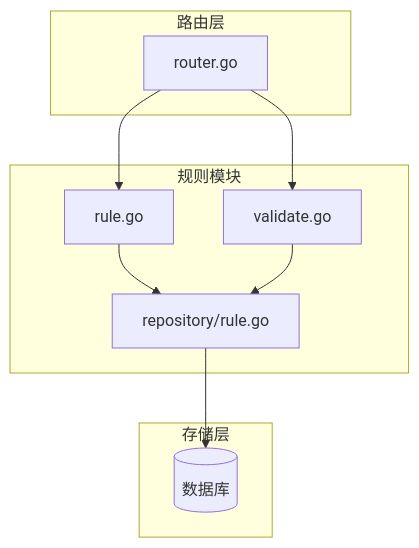
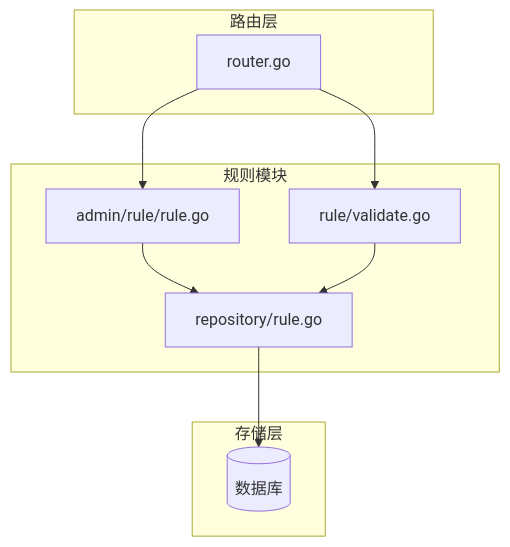
Before and after one commit to x01n/My-OpenWaf: the ninth of 10 diagrams in docs/管理 API 系统/规则管理 API/规则 CRUD 操作.md, drawn with Mermaid. The commit also changed other lines of this file and 622 other files, not shown here.

````diff
--- a/docs/管理 API 系统/规则管理 API/规则 CRUD 操作.md
+++ b/docs/管理 API 系统/规则管理 API/规则 CRUD 操作.md
@@ -573,19 +573,19 @@
 ```mermaid
 graph TB
 subgraph "路由层"
 Router[router.go]
 end
 subgraph "规则模块"
-RuleHandler[rule.go]
-ValidateHandler[validate.go]
+RuleHandler[admin/rule/rule.go]
+ValidateHandler[rule/validate.go]
 RuleRepo[repository/rule.go]
 end
 subgraph "存储层"
 DB[(数据库)]
 end
 Router --> RuleHandler
 Router --> ValidateHandler
 RuleHandler --> RuleRepo
 ValidateHandler --> RuleRepo
 RuleRepo --> DB
 ```
````
